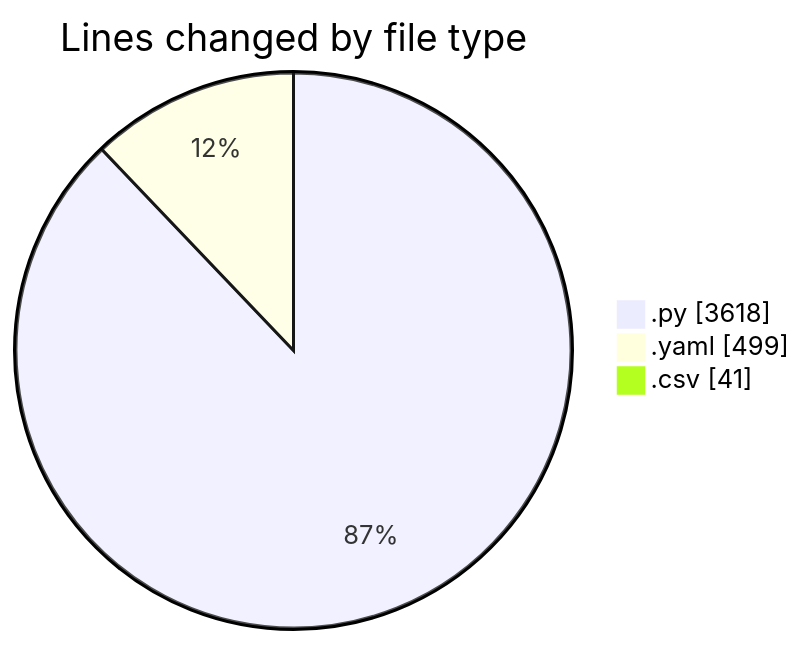
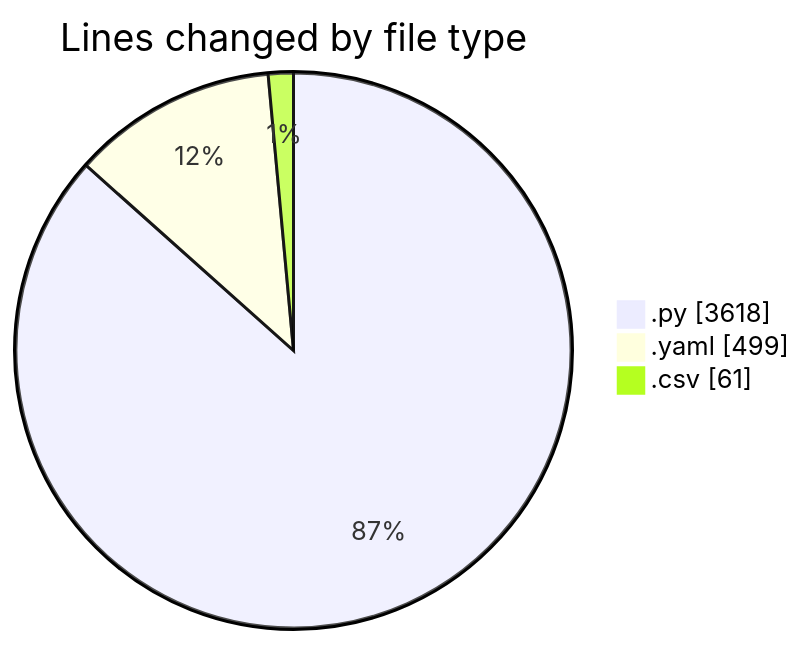
The first of 2 diagrams in 2025-03-01/myws__workspace_/README.md (MatusMokan/code-tracking), drawn with Mermaid before and after one commit. The commit also changed other lines of this file and 1 other file, not shown here.

````diff
--- a/2025-03-01/myws__workspace_/README.md
+++ b/2025-03-01/myws__workspace_/README.md
@@ -30,7 +30,7 @@
 ```mermaid
 pie showData
 title Lines changed by file type
 ".py" : 3618
 ".yaml" : 499
-".csv" : 41
+".csv" : 61
 ```
````
